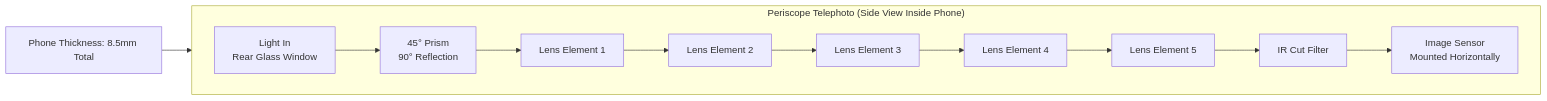
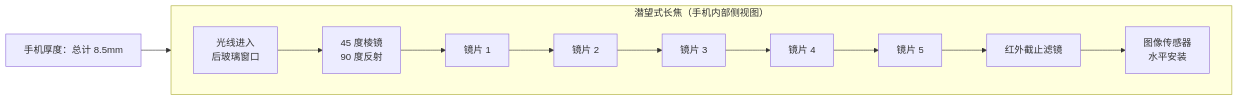
One commit to zoozooll/AndroidCameraParameters changed the sixth of 7 diagrams in website/i18n/zh-Hans/docusaurus-plugin-content-docs/current/camera2/what-can-modern-smartphone-cameras-do.md. Above: the diagram before and after it, drawn with Mermaid. The commit also changed other lines of this file and 378 other files, not shown here.

````diff
--- a/website/i18n/zh-Hans/docusaurus-plugin-content-docs/current/camera2/what-can-modern-smartphone-cameras-do.md
+++ b/website/i18n/zh-Hans/docusaurus-plugin-content-docs/current/camera2/what-can-modern-smartphone-cameras-do.md
@@ -171,15 +171,15 @@
 ```mermaid
 graph LR
-    subgraph "Periscope Telephoto (Side View Inside Phone)"
+    subgraph "潜望式长焦（手机内部侧视图）"
         direction LR
-        A[Light In\nRear Glass Window] --> B[45° Prism\n90° Reflection]
-        B --> C[Lens Element 1]
-        C --> D[Lens Element 2]
-        D --> E[Lens Element 3]
-        E --> F[Lens Element 4]
-        F --> G[Lens Element 5]
-        G --> H[IR Cut Filter]
-        H --> I[Image Sensor\nMounted Horizontally]
+        A["光线进入<br/>后玻璃窗口"] --> B["45 度棱镜<br/>90 度反射"]
+        B --> C["镜片 1"]
+        C --> D["镜片 2"]
+        D --> E["镜片 3"]
+        E --> F["镜片 4"]
+        F --> G["镜片 5"]
+        G --> H["红外截止滤镜"]
+        H --> I["图像传感器<br/>水平安装"]
     end
-    J[Phone Thickness: 8.5mm Total] --> B
+    J["手机厚度：总计 8.5mm"] --> B
 ```
````
